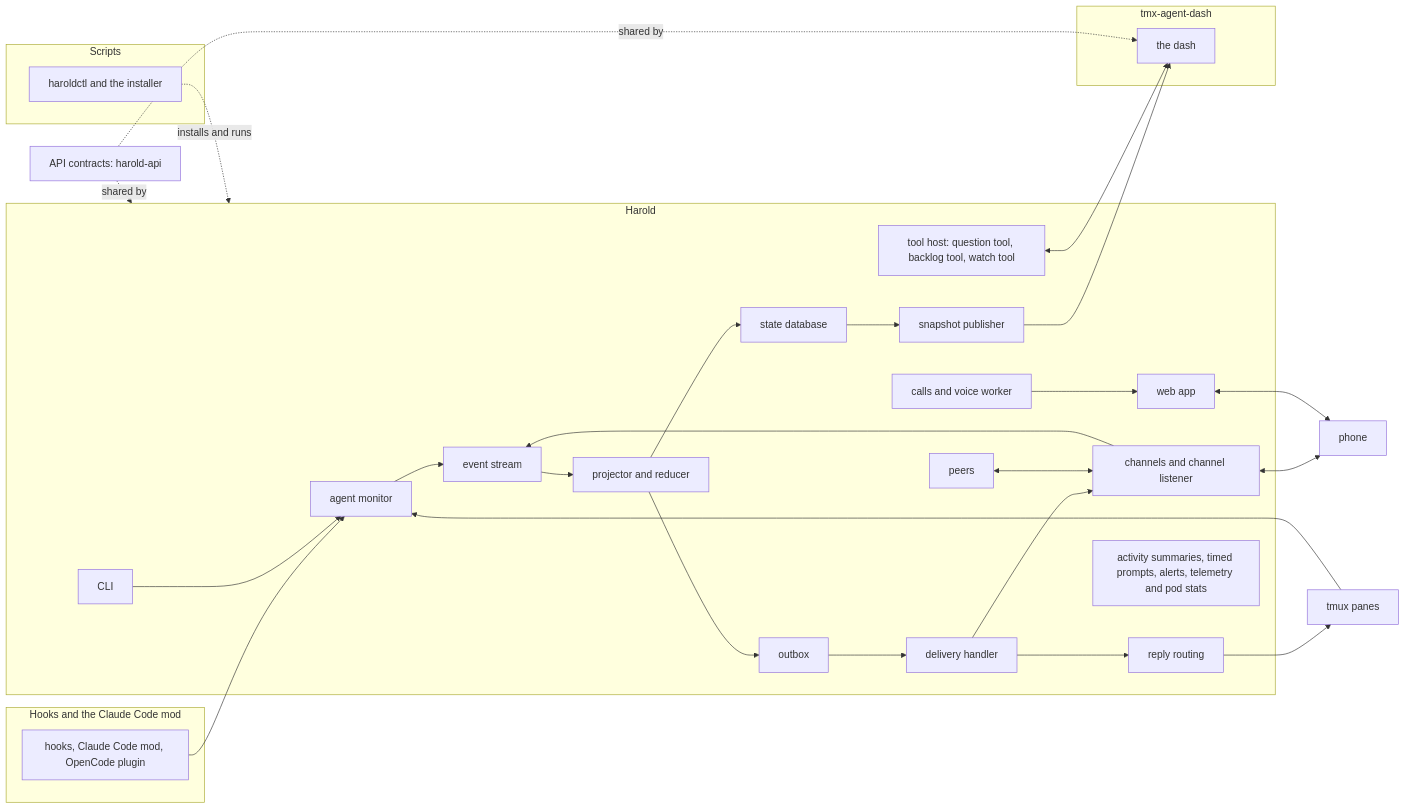
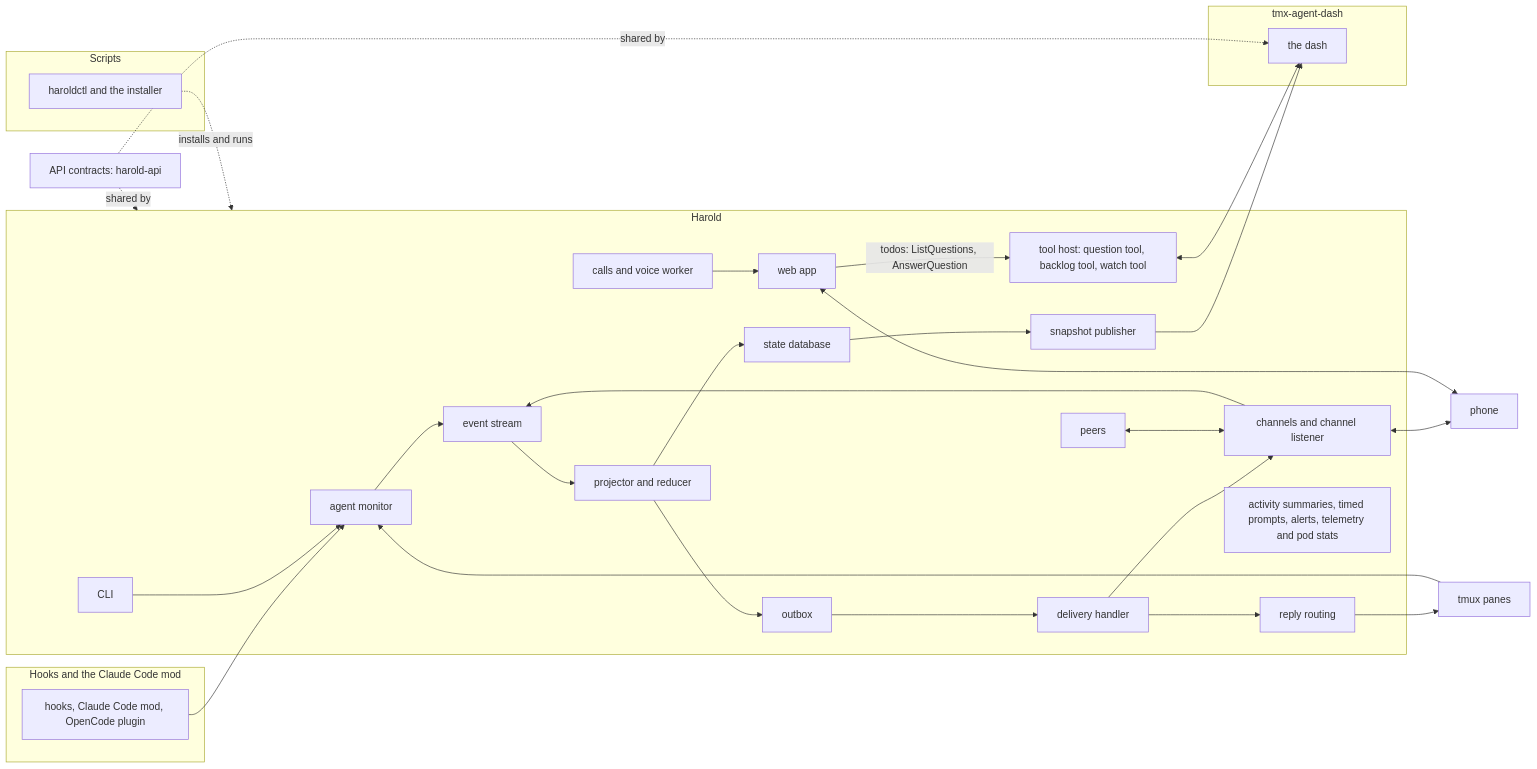
Before and after one commit to kahgeh/harold: the first of 2 diagrams in docs/explanations/architecture.md, drawn with Mermaid. The commit also changed other lines of this file and 3 other files, not shown here.

````diff
--- a/docs/explanations/architecture.md
+++ b/docs/explanations/architecture.md
@@ -11,59 +11,60 @@
 ```mermaid
 flowchart LR
   subgraph hooksg["Hooks and the Claude Code mod"]
     hooks["hooks, Claude Code mod, OpenCode plugin"]
   end
 
   subgraph harold["Harold"]
     monitor["agent monitor"]
     stream["event stream"]
     projector["projector and reducer"]
     statedb["state database"]
     outbox["outbox"]
     handler["delivery handler"]
     channels["channels and channel listener"]
     routing["reply routing"]
     publisher["snapshot publisher"]
     peers["peers"]
     toolhost["tool host: question tool, backlog tool, watch tool"]
     voice["calls and voice worker"]
     webapp["web app"]
     extras["activity summaries, timed prompts, alerts, telemetry and pod stats"]
     cli["CLI"]
   end
 
   subgraph dashg["tmx-agent-dash"]
     dash["the dash"]
   end
 
   subgraph scriptsg["Scripts"]
     ctl["haroldctl and the installer"]
   end
 
   api["API contracts: harold-api"]
   phone["phone"]
   panes["tmux panes"]
 
   hooks --> monitor
   panes --> monitor
   monitor --> stream
   channels --> stream
   stream --> projector
   projector --> statedb
   projector --> outbox
   outbox --> handler
   handler --> channels
   handler --> routing
   routing --> panes
   channels <--> phone
   webapp <--> phone
   statedb --> publisher
   publisher --> dash
   toolhost <--> dash
+  webapp -->|"todos: ListQuestions, AnswerQuestion"| toolhost
   peers <--> channels
   voice --> webapp
   cli --> monitor
   ctl -. installs and runs .-> harold
   api -. shared by .-> harold
   api -. shared by .-> dash
 ```
````
